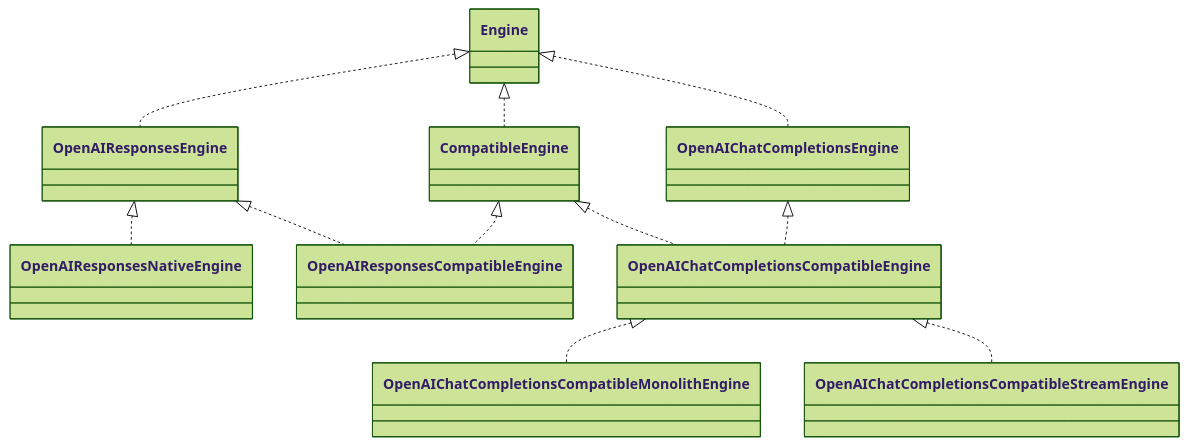
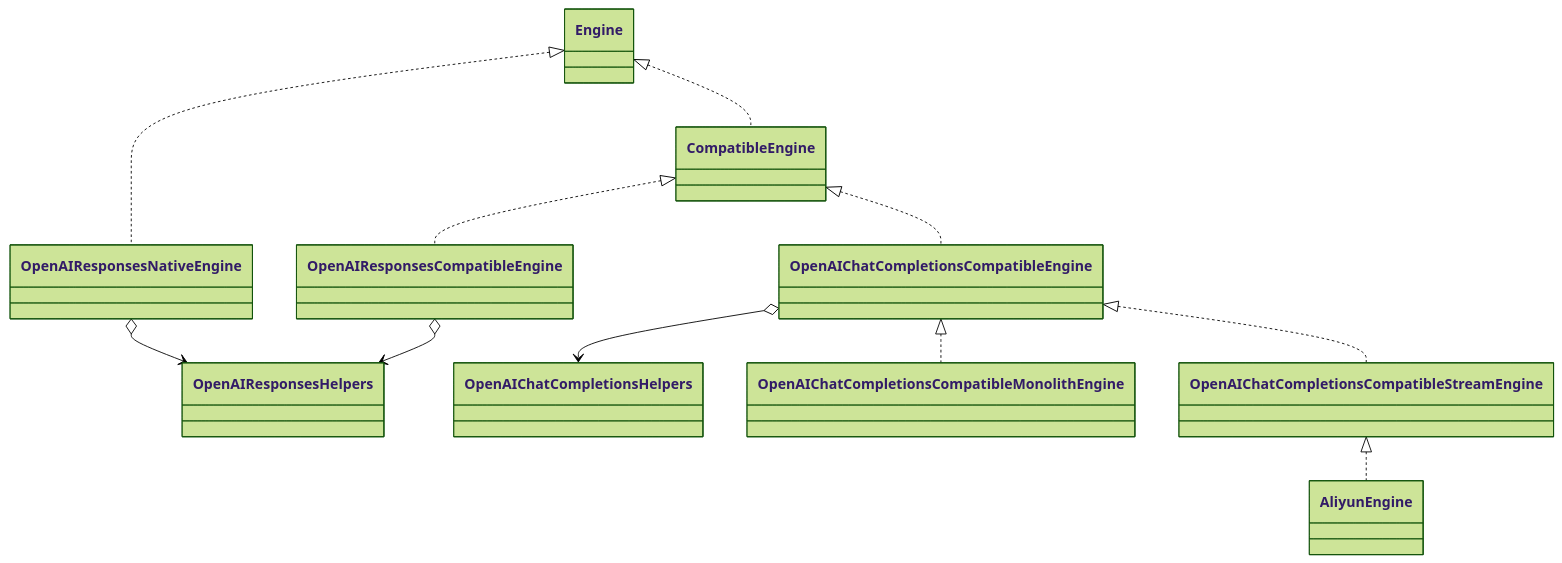
The diagram in DEVELOPMENT.md (zimtsui/brainswitch), drawn with Mermaid (forest theme) before and after one commit. The commit also changed other lines of this file and 1 other file, not shown here.

````diff
--- a/DEVELOPMENT.md
+++ b/DEVELOPMENT.md
@@ -3,17 +3,17 @@
 ```mermaid
 classDiagram
 
-OpenAIResponsesEngine <|.. OpenAIResponsesNativeEngine
+Engine <|.. OpenAIResponsesNativeEngine
+OpenAIResponsesNativeEngine o--> OpenAIResponsesHelpers
 
 CompatibleEngine <|.. OpenAIResponsesCompatibleEngine
-OpenAIResponsesEngine <|.. OpenAIResponsesCompatibleEngine
-Engine <|.. OpenAIResponsesEngine
+OpenAIResponsesCompatibleEngine o--> OpenAIResponsesHelpers
 
 Engine <|.. CompatibleEngine
 
-Engine <|.. OpenAIChatCompletionsEngine
-OpenAIChatCompletionsEngine <|.. OpenAIChatCompletionsCompatibleEngine
 CompatibleEngine <|.. OpenAIChatCompletionsCompatibleEngine
+OpenAIChatCompletionsCompatibleEngine o--> OpenAIChatCompletionsHelpers
 OpenAIChatCompletionsCompatibleEngine <|.. OpenAIChatCompletionsCompatibleMonolithEngine
 OpenAIChatCompletionsCompatibleEngine <|.. OpenAIChatCompletionsCompatibleStreamEngine
+OpenAIChatCompletionsCompatibleStreamEngine <|.. AliyunEngine
 ```
````
